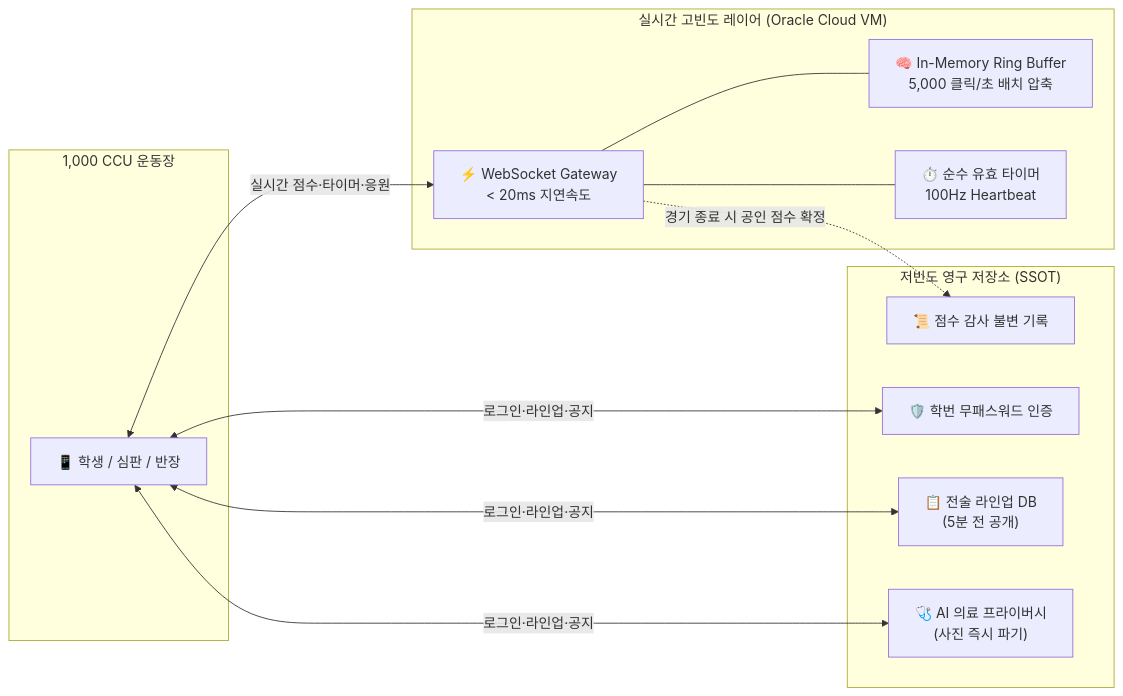
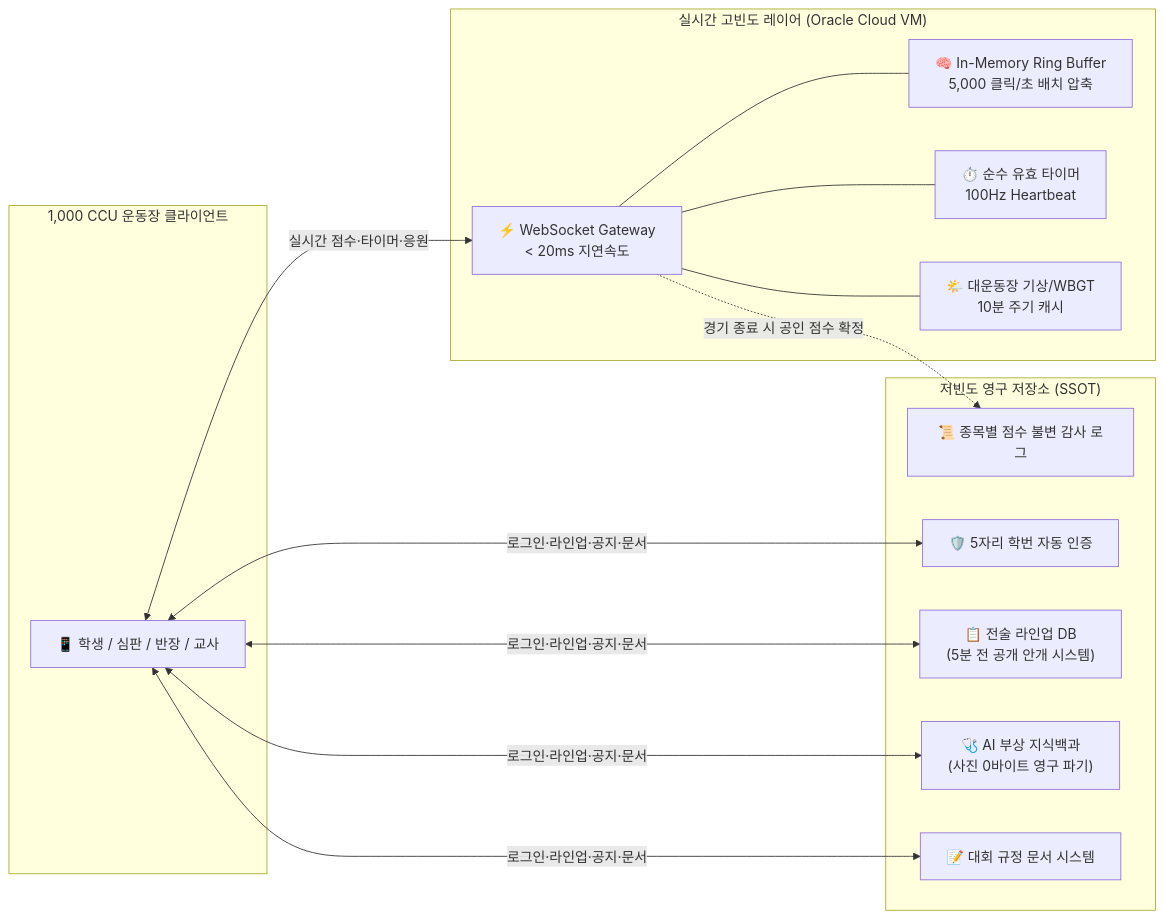
The diagram in README.md (sshssmartlab46th/SMARTLAB_THE-CUP), drawn with Mermaid before and after one commit. The commit also changed other lines of this file and 1 other file, not shown here.

````diff
--- a/README.md
+++ b/README.md
@@ -195,26 +238,29 @@
 ```mermaid
 flowchart LR
-    subgraph CLIENTS ["1,000 CCU 운동장"]
-        U["📱 학생 / 심판 / 반장"]
+    subgraph CLIENTS ["1,000 CCU 운동장 클라이언트"]
+        U["📱 학생 / 심판 / 반장 / 교사"]
     end
 
     subgraph FAST_LAYER ["실시간 고빈도 레이어 (Oracle Cloud VM)"]
         WS["⚡ WebSocket Gateway\n< 20ms 지연속도"]
         BUFFER["🧠 In-Memory Ring Buffer\n5,000 클릭/초 배치 압축"]
         TIMER["⏱️ 순수 유효 타이머\n100Hz Heartbeat"]
+        WEATHER["🌤️ 대운동장 기상/WBGT\n10분 주기 캐시"]
     end
 
     subgraph STORAGE_LAYER ["저빈도 영구 저장소 (SSOT)"]
-        AUTH["🛡️ 학번 무패스워드 인증"]
-        LINEUP["📋 전술 라인업 DB\n(5분 전 공개)"]
-        AUDIT["📜 점수 감사 불변 기록"]
-        AI["🩺 AI 의료 프라이버시\n(사진 즉시 파기)"]
+        AUTH["🛡️ 5자리 학번 자동 인증"]
+        LINEUP["📋 전술 라인업 DB\n(5분 전 공개 안개 시스템)"]
+        AUDIT["📜 종목별 점수 불변 감사 로그"]
+        AI["🩺 AI 부상 지식백과\n(사진 0바이트 영구 파기)"]
+        DOCS["📝 대회 규정 문서 시스템"]
     end
 
     U <--> |"실시간 점수·타이머·응원"| WS
     WS --- BUFFER
     WS --- TIMER
+    WS --- WEATHER
 
-    U <--> |"로그인·라인업·공지"| AUTH & LINEUP & AI
+    U <--> |"로그인·라인업·공지·문서"| AUTH & LINEUP & AI & DOCS
     WS -.-> |"경기 종료 시 공인 점수 확정"| AUDIT
 ```
````
